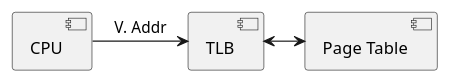
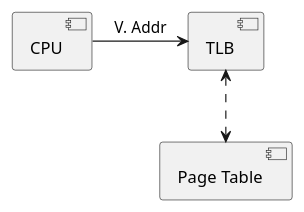
Before and after one commit to ashwinreddy/wiki: the diagram in Computer-Science/Page table.md, drawn with PlantUML.

Commit message:
Updated Page table.md (markdown)

```diff
--- a/Computer-Science/Page table.md
+++ b/Computer-Science/Page table.md
@@ -6,8 +6,8 @@
 @startuml
 [CPU]
 [TLB]
 [Page Table]
 
 [CPU] -> [TLB]: V. Addr
-[TLB] <-> [Page Table]
+[TLB] <..> [Page Table]
 @enduml
```
